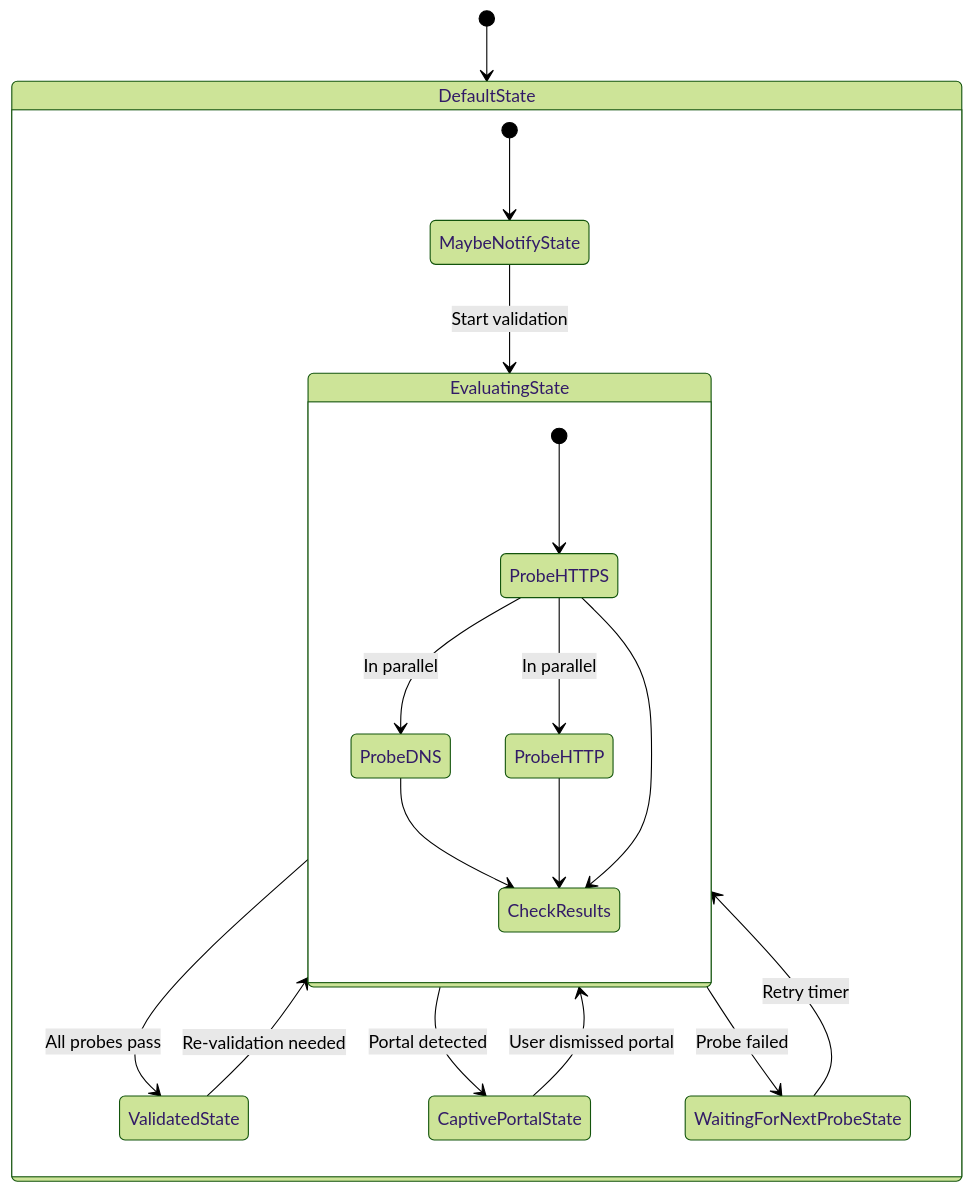
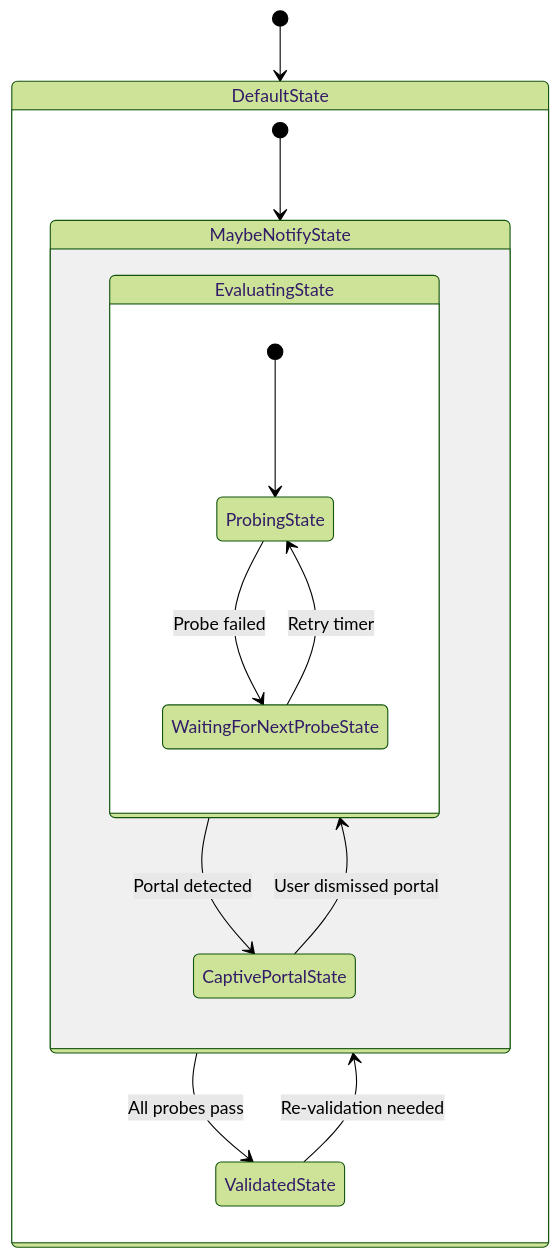
Diagram 29 of 55 in 35-networking.md (aospbooks/aosp-internal-book), drawn with Mermaid (forest theme) before and after one commit. The commit also changed other lines of this file and 218 other files, not shown here.

````diff
--- a/35-networking.md
+++ b/35-networking.md
@@ -2386,24 +2393,21 @@
 ```mermaid
 stateDiagram-v2
     [*] --> DefaultState
 
     state DefaultState {
         [*] --> MaybeNotifyState
-        MaybeNotifyState --> EvaluatingState: Start validation
-        EvaluatingState --> ValidatedState: All probes pass
-        EvaluatingState --> CaptivePortalState: Portal detected
-        EvaluatingState --> WaitingForNextProbeState: Probe failed
-        WaitingForNextProbeState --> EvaluatingState: Retry timer
-        CaptivePortalState --> EvaluatingState: User dismissed portal
-        ValidatedState --> EvaluatingState: Re-validation needed
-    }
 
-    state EvaluatingState {
-        [*] --> ProbeHTTPS
-        ProbeHTTPS --> ProbeHTTP: In parallel
-        ProbeHTTPS --> ProbeDNS: In parallel
-        ProbeDNS --> CheckResults
-        ProbeHTTP --> CheckResults
-        ProbeHTTPS --> CheckResults
+        state MaybeNotifyState {
+            state EvaluatingState {
+                [*] --> ProbingState
+                ProbingState --> WaitingForNextProbeState: Probe failed
+                WaitingForNextProbeState --> ProbingState: Retry timer
+            }
+            EvaluatingState --> CaptivePortalState: Portal detected
+            CaptivePortalState --> EvaluatingState: User dismissed portal
+        }
+
+        MaybeNotifyState --> ValidatedState: All probes pass
+        ValidatedState --> MaybeNotifyState: Re-validation needed
     }
 ```
````
